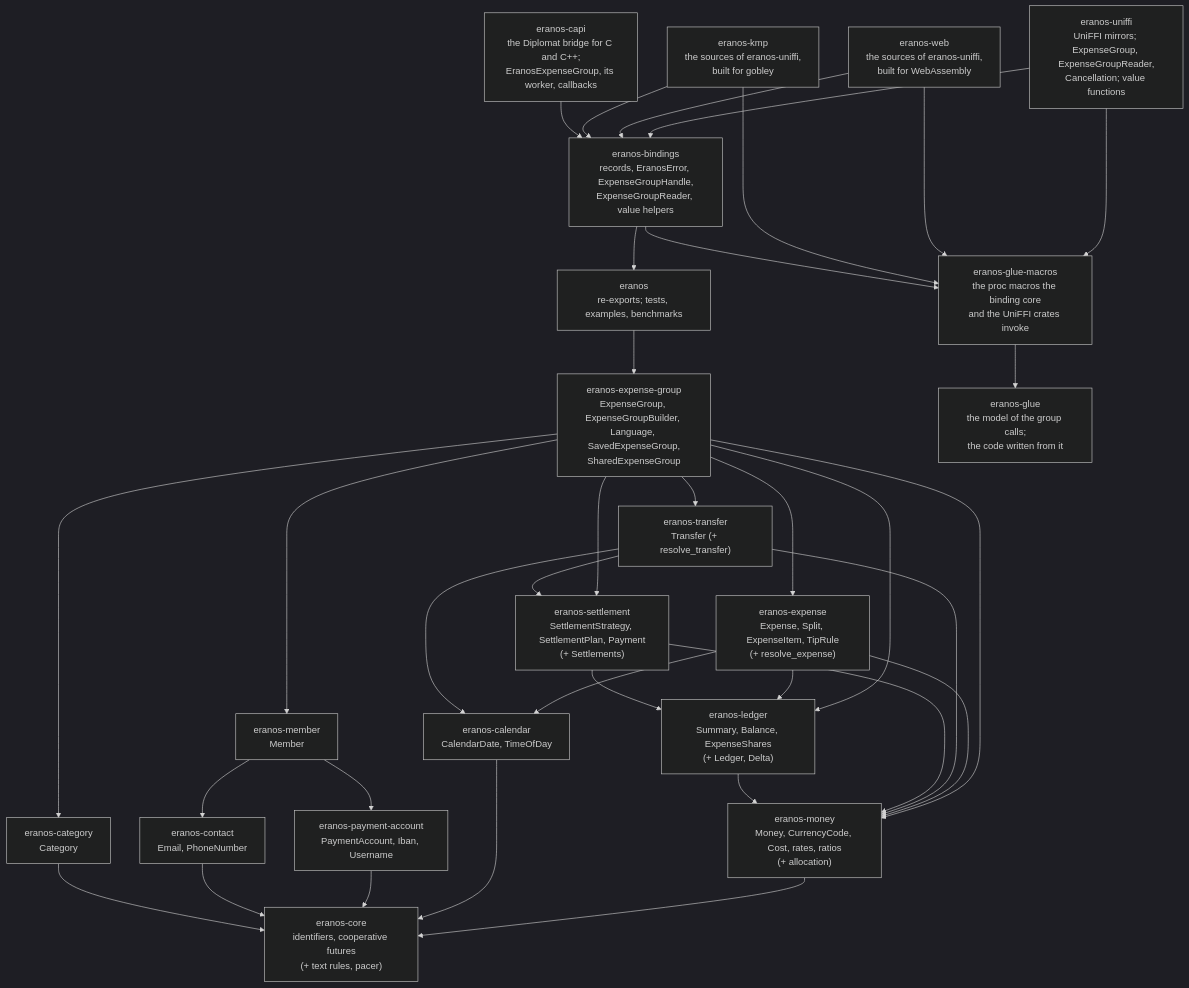
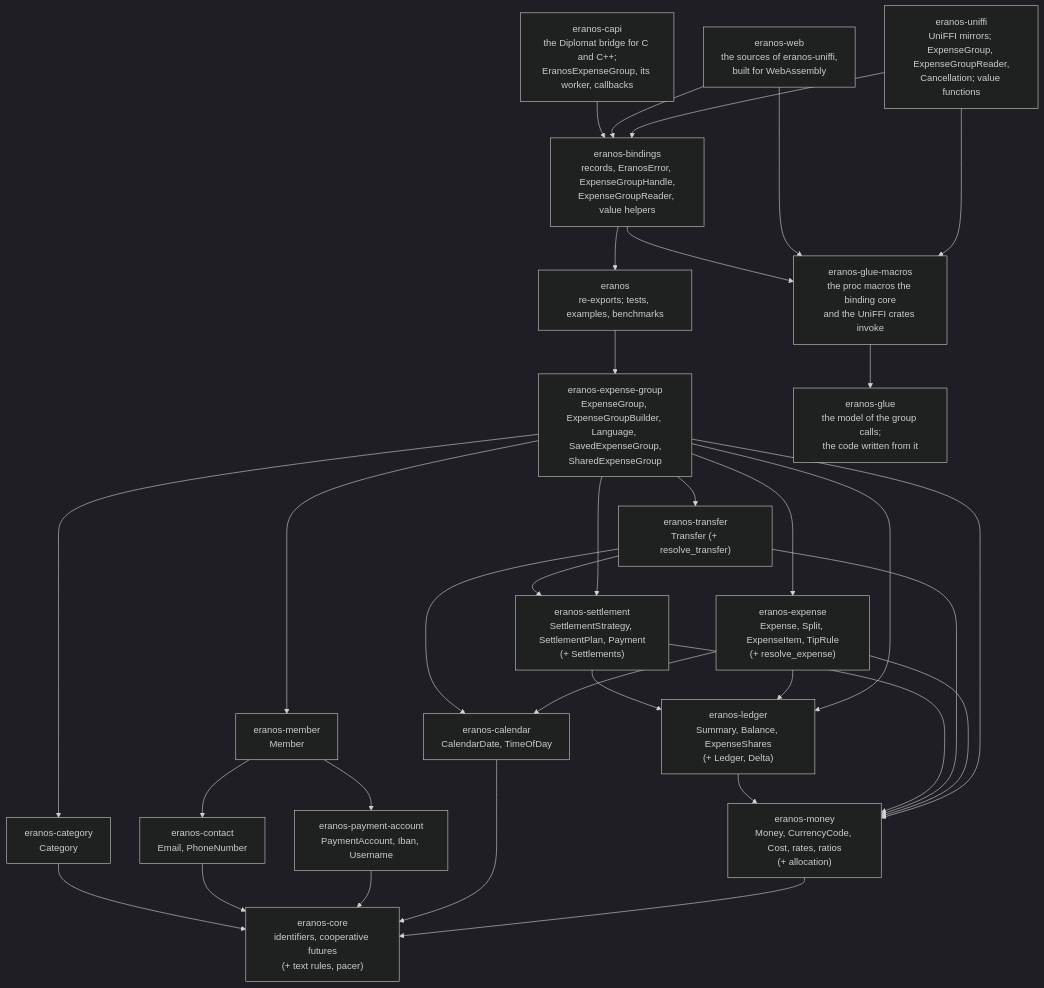
Before and after one commit to cristiancristea00/eranos: the first of 3 diagrams in docs/ARCHITECTURE.md, drawn with Mermaid (dark theme). The commit also changed other lines of this file and 32 other files, not shown here.

````diff
--- a/docs/ARCHITECTURE.md
+++ b/docs/ARCHITECTURE.md
@@ -88,57 +89,54 @@
 ```mermaid
 flowchart TD
     UNIFFI["eranos-uniffi<br/>UniFFI mirrors; ExpenseGroup, ExpenseGroupReader,<br/>Cancellation; value functions"]
     WEB["eranos-web<br/>the sources of eranos-uniffi,<br/>built for WebAssembly"]
-    KMP["eranos-kmp<br/>the sources of eranos-uniffi,<br/>built for gobley"]
     CAPI["eranos-capi<br/>the Diplomat bridge for C and C++;<br/>EranosExpenseGroup, its worker, callbacks"]
     BINDINGS["eranos-bindings<br/>records, EranosError, ExpenseGroupHandle,<br/>ExpenseGroupReader, value helpers"]
     FACADE["eranos<br/>re-exports; tests, examples, benchmarks"]
     EXPENSE_GROUP["eranos-expense-group<br/>ExpenseGroup, ExpenseGroupBuilder, Language, SavedExpenseGroup,<br/>SharedExpenseGroup"]
     EXPENSE["eranos-expense<br/>Expense, Split, ExpenseItem, TipRule<br/>(+ resolve_expense)"]
     TRANSFER["eranos-transfer<br/>Transfer (+ resolve_transfer)"]
     MEMBER["eranos-member<br/>Member"]
     CATEGORY["eranos-category<br/>Category"]
     SETTLEMENT["eranos-settlement<br/>SettlementStrategy, SettlementPlan, Payment<br/>(+ Settlements)"]
     PAYMENT_ACCOUNT["eranos-payment-account<br/>PaymentAccount, Iban, Username"]
     CONTACT["eranos-contact<br/>Email, PhoneNumber"]
     LEDGER["eranos-ledger<br/>Summary, Balance, ExpenseShares<br/>(+ Ledger, Delta)"]
     CALENDAR["eranos-calendar<br/>CalendarDate, TimeOfDay"]
     MONEY["eranos-money<br/>Money, CurrencyCode, Cost, rates, ratios<br/>(+ allocation)"]
     CORE["eranos-core<br/>identifiers, cooperative futures<br/>(+ text rules, pacer)"]
     MACROS["eranos-glue-macros<br/>the proc macros the binding core<br/>and the UniFFI crates invoke"]
     GLUE["eranos-glue<br/>the model of the group calls;<br/>the code written from it"]
     UNIFFI --> BINDINGS
     WEB --> BINDINGS
-    KMP --> BINDINGS
     UNIFFI --> MACROS
     WEB --> MACROS
-    KMP --> MACROS
     CAPI --> BINDINGS
     BINDINGS --> FACADE
     BINDINGS --> MACROS
     MACROS --> GLUE
     FACADE --> EXPENSE_GROUP
     EXPENSE_GROUP --> EXPENSE
     EXPENSE_GROUP --> TRANSFER
     EXPENSE_GROUP --> MEMBER
     EXPENSE_GROUP --> CATEGORY
     EXPENSE_GROUP --> SETTLEMENT
     EXPENSE_GROUP --> LEDGER
     EXPENSE_GROUP --> MONEY
     EXPENSE --> LEDGER
     EXPENSE --> CALENDAR
     EXPENSE --> MONEY
     TRANSFER --> SETTLEMENT
     TRANSFER --> CALENDAR
     TRANSFER --> MONEY
     MEMBER --> PAYMENT_ACCOUNT
     MEMBER --> CONTACT
     SETTLEMENT --> LEDGER
     SETTLEMENT --> MONEY
     LEDGER --> MONEY
     MONEY --> CORE
     CALENDAR --> CORE
     PAYMENT_ACCOUNT --> CORE
     CONTACT --> CORE
     CATEGORY --> CORE
 ```
````
